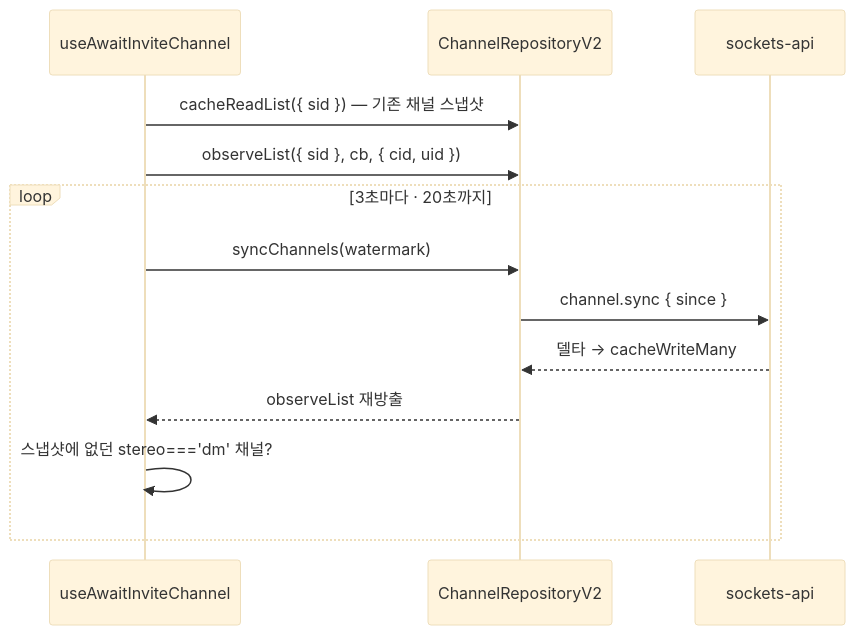
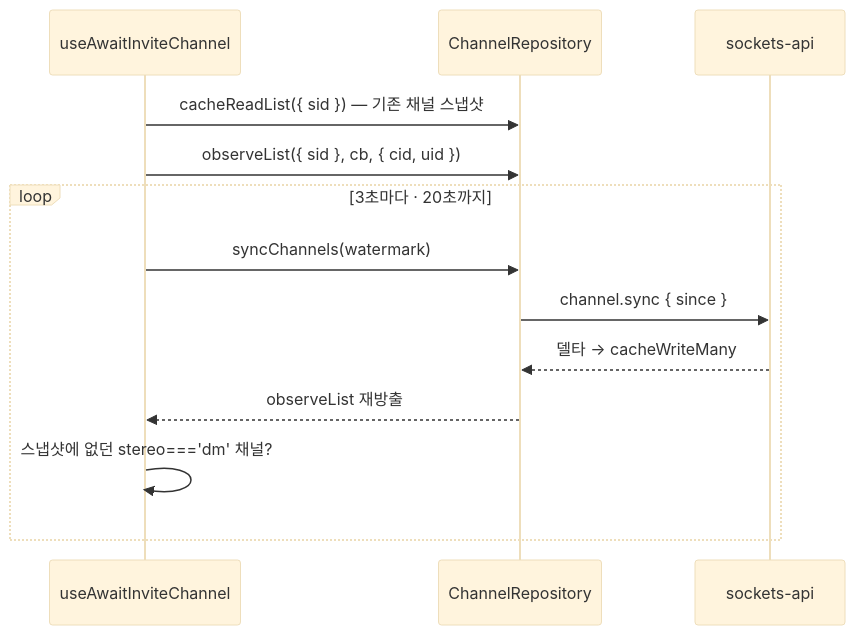
The fifth of 5 diagrams in apps/web/docs/feature/invite/relay-invite-accept.md (lemoncloud-io/dou-app), drawn with Mermaid (base theme) before and after one commit. The commit also changed 86 other files, not shown here.

````diff
--- a/apps/web/docs/feature/invite/relay-invite-accept.md
+++ b/apps/web/docs/feature/invite/relay-invite-accept.md
@@ -353,16 +353,16 @@
 ```mermaid
 sequenceDiagram
     participant H as useAwaitInviteChannel
-    participant R as ChannelRepositoryV2
+    participant R as ChannelRepository
     participant S as sockets-api
 
     H->>R: cacheReadList({ sid }) — 기존 채널 스냅샷
     H->>R: observeList({ sid }, cb, { cid, uid })
     loop 3초마다 · 20초까지
         H->>R: syncChannels(watermark)
         R->>S: channel.sync { since }
         S-->>R: 델타 → cacheWriteMany
         R-->>H: observeList 재방출
         H->>H: 스냅샷에 없던 stereo==='dm' 채널?
     end
 ```
````
